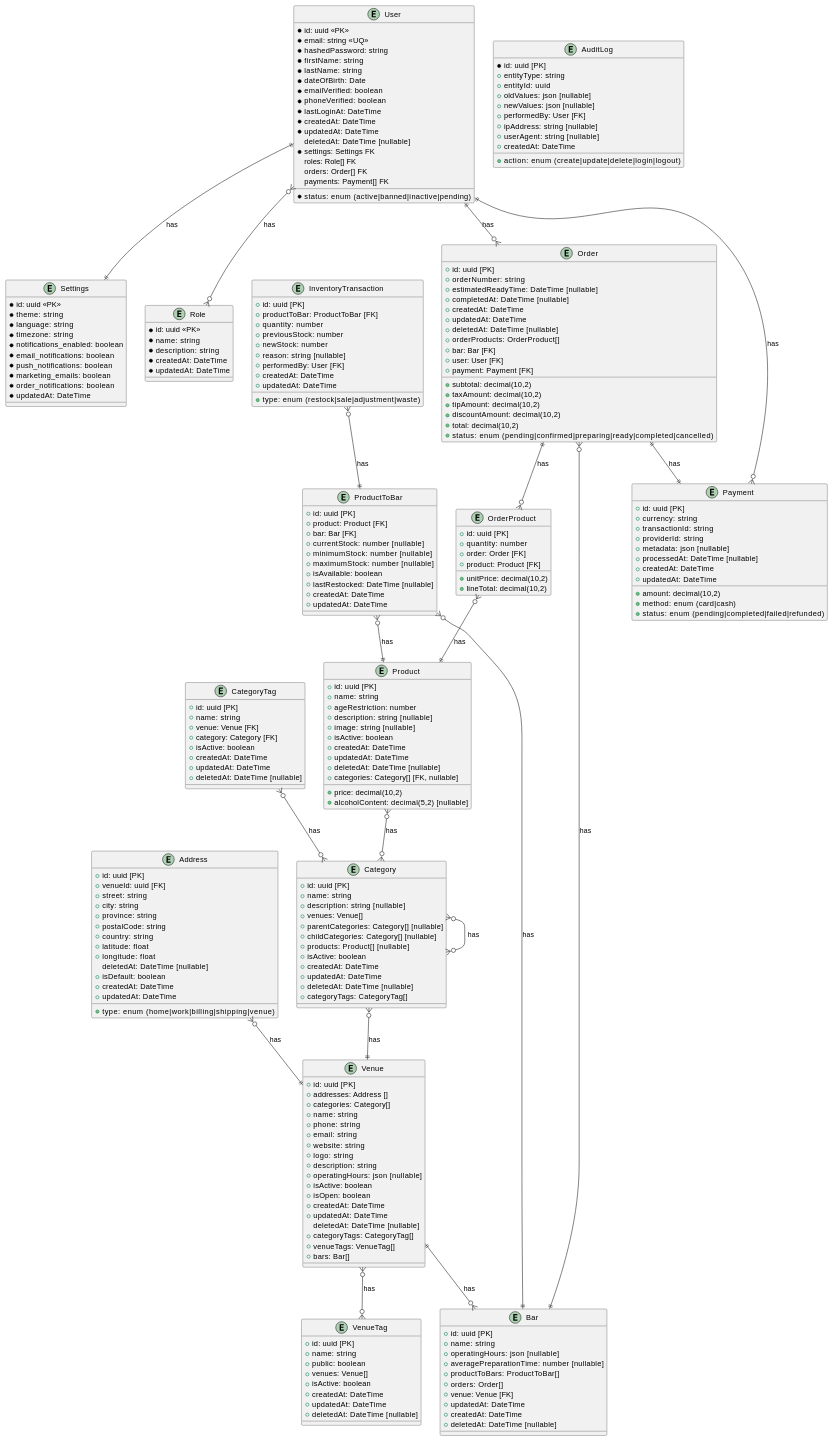
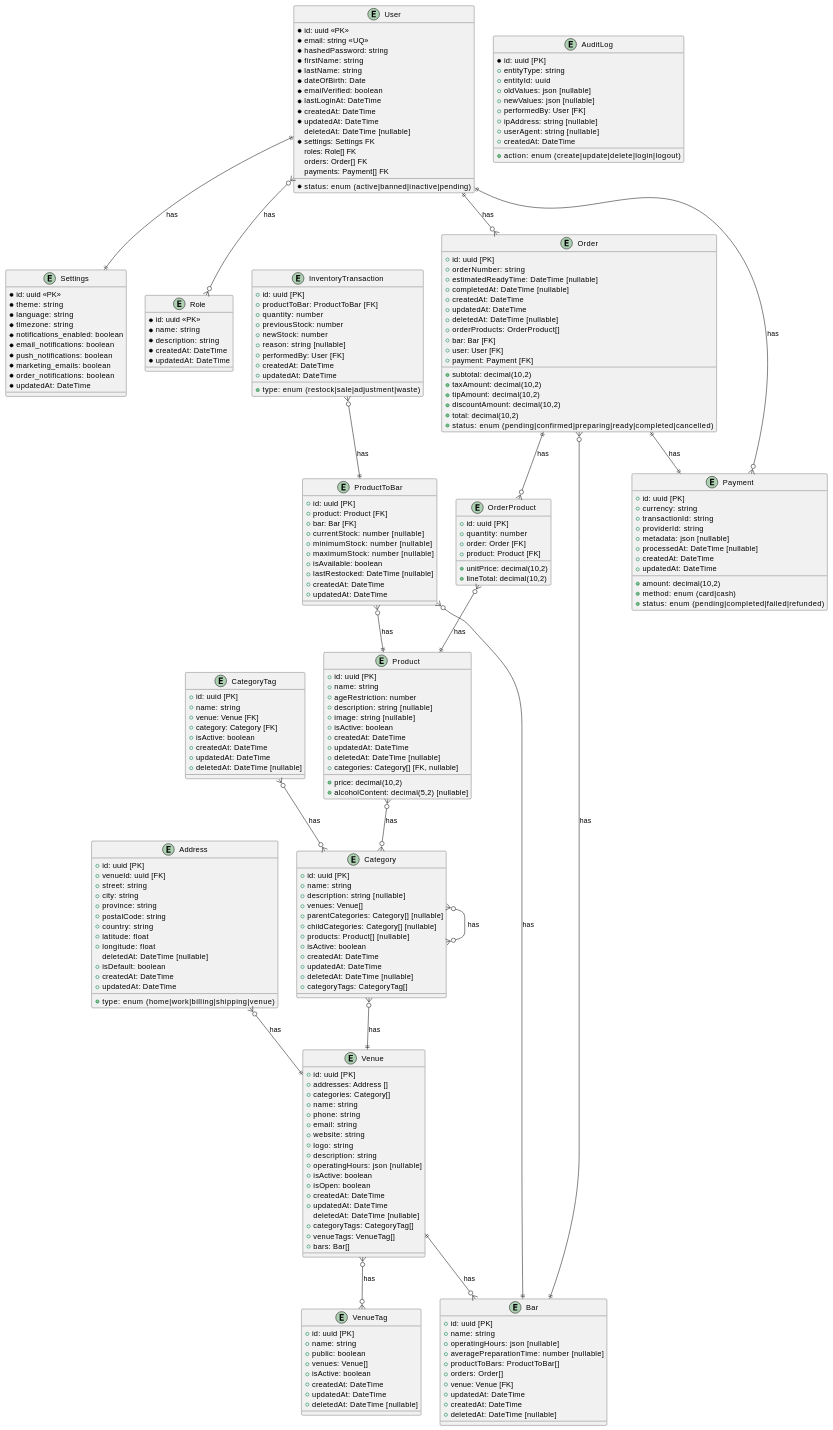
The diagram in notes/ERD.md (robinoosterik2/FastBar), drawn with PlantUML before and after one commit. The commit also changed 94 other files, not shown here.

```diff
--- a/notes/ERD.md
+++ b/notes/ERD.md
@@ -10,7 +10,6 @@
   *dateOfBirth: Date
   *status: enum (active|banned|inactive|pending)
   *emailVerified: boolean
-  *phoneVerified: boolean
   *lastLoginAt: DateTime
   *createdAt: DateTime
   *updatedAt: DateTime
```
